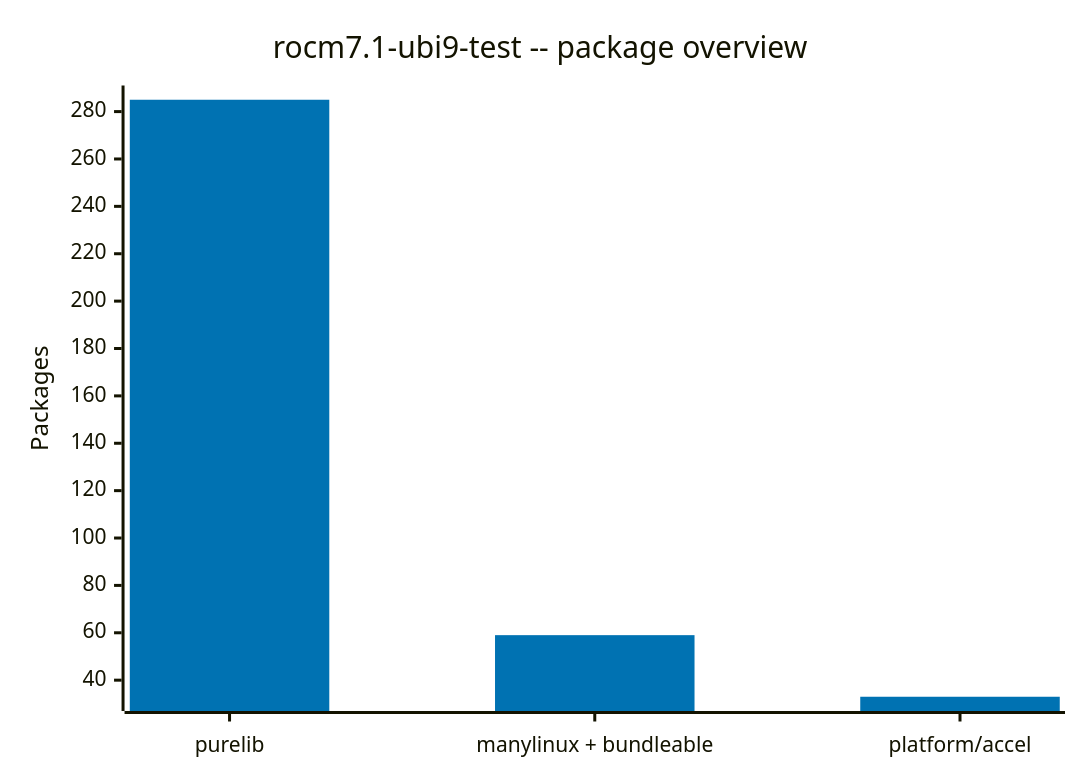
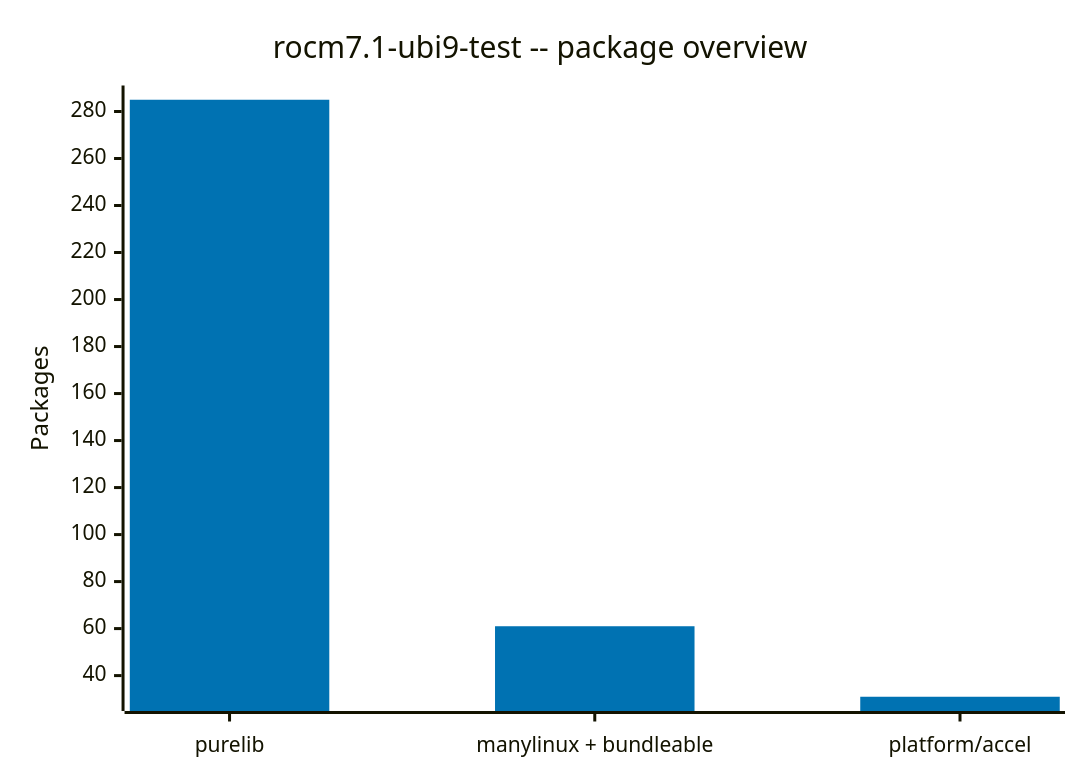
The diagram in data/rhoai-3.6-EA1/rocm7.1-ubi9-test/elf-analysis.md (tiran/sdist-analyzer-results), drawn with Mermaid before and after one commit. The commit also changed other lines of this file and 12 other files, not shown here.

````diff
--- a/data/rhoai-3.6-EA1/rocm7.1-ubi9-test/elf-analysis.md
+++ b/data/rhoai-3.6-EA1/rocm7.1-ubi9-test/elf-analysis.md
@@ -24,8 +24,8 @@
 ```mermaid
 %%{init: {"theme": "base", "themeVariables": {"xyChart": {"plotColorPalette": "#0072B2, #009E73, #D55E00"}}}}%%
 xychart-beta
     title "rocm7.1-ubi9-test -- package overview"
     x-axis ["purelib", "manylinux + bundleable", "platform/accel"]
     y-axis "Packages"
-    bar [285, 59, 33]
+    bar [285, 61, 31]
 ```
````
